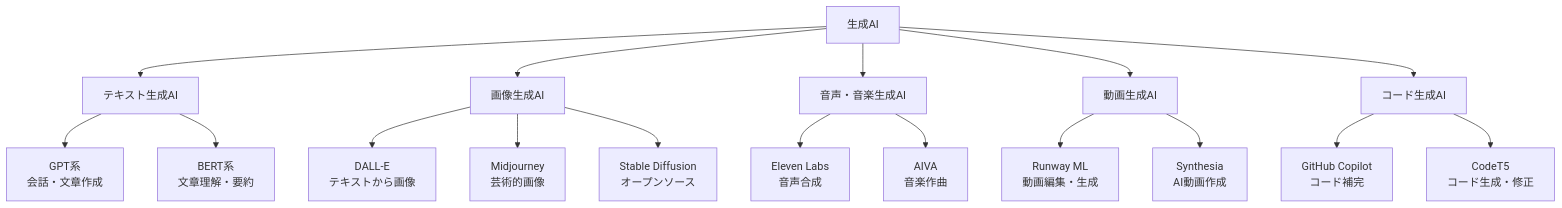
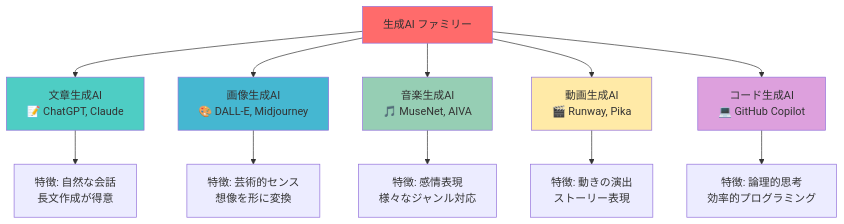
Before and after one commit to SparklingDetergent/doc_genai_mental_model: the fifth of 11 diagrams in GenerativeAI/README.MD, drawn with Mermaid. The commit also changed other lines of this file, not shown here.

````diff
--- a/GenerativeAI/README.MD
+++ b/GenerativeAI/README.MD
@@ -169,28 +140,21 @@
 ```mermaid
-graph TB
-    A[生成AI] --> B[テキスト生成AI]
-    A --> C[画像生成AI]  
-    A --> D[音声・音楽生成AI]
-    A --> E[動画生成AI]
-    A --> F[コード生成AI]
+graph TD
+    A[生成AI ファミリー] --> B[文章生成AI<br/>📝 ChatGPT, Claude]
+    A --> C[画像生成AI<br/>🎨 DALL-E, Midjourney]
+    A --> D[音楽生成AI<br/>🎵 MuseNet, AIVA]
+    A --> E[動画生成AI<br/>🎬 Runway, Pika]
+    A --> F[コード生成AI<br/>💻 GitHub Copilot]
     
-    B --> B1[GPT系<br/>会話・文章作成]
-    B --> B2[BERT系<br/>文章理解・要約]
+    B --> G[特徴: 自然な会話<br/>長文作成が得意]
+    C --> H[特徴: 芸術的センス<br/>想像を形に変換]
+    D --> I[特徴: 感情表現<br/>様々なジャンル対応]
+    E --> J[特徴: 動きの演出<br/>ストーリー表現]
+    F --> K[特徴: 論理的思考<br/>効率的プログラミング]
     
-    C --> C1[DALL-E<br/>テキストから画像]
-    C --> C2[Midjourney<br/>芸術的画像]
-    C --> C3[Stable Diffusion<br/>オープンソース]
-    
-    D --> D1[Eleven Labs<br/>音声合成]
-    D --> D2[AIVA<br/>音楽作曲]
-    
-    E --> E1[Runway ML<br/>動画編集・生成]
-    E --> E2[Synthesia<br/>AI動画作成]
-    
-    F --> F1[GitHub Copilot<br/>コード補完]
-    F --> F2[CodeT5<br/>コード生成・修正]
-    
-    click B1 "/docs/gpt-details.md" "GPTの詳細説明"
-    click C1 "/docs/dalle-details.md" "DALL-Eの詳細説明"
-    click F1 "/docs/copilot-details.md" "GitHub Copilotの詳細説明"
+    style A fill:#ff6b6b
+    style B fill:#4ecdc4
+    style C fill:#45b7d1
+    style D fill:#96ceb4
+    style E fill:#ffeaa7
+    style F fill:#dda0dd
 ```
````
